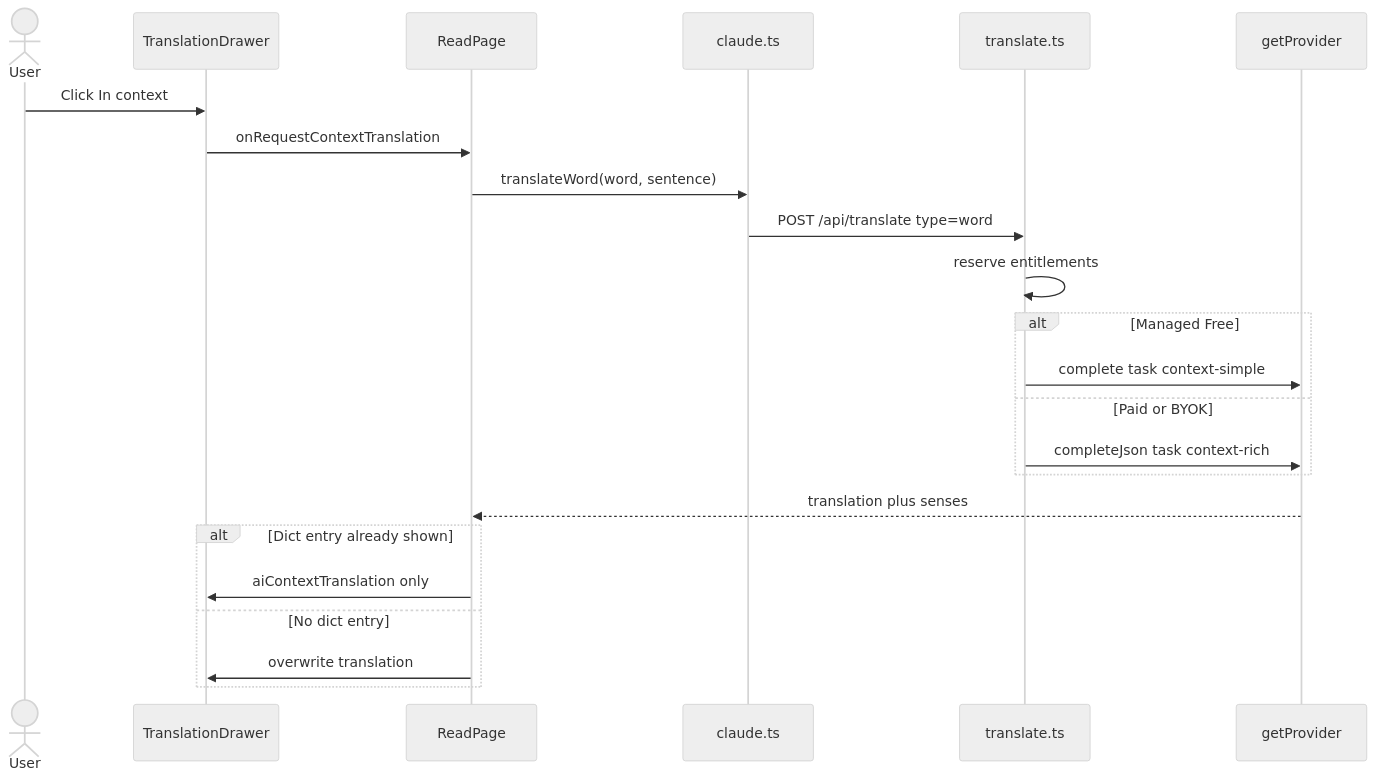
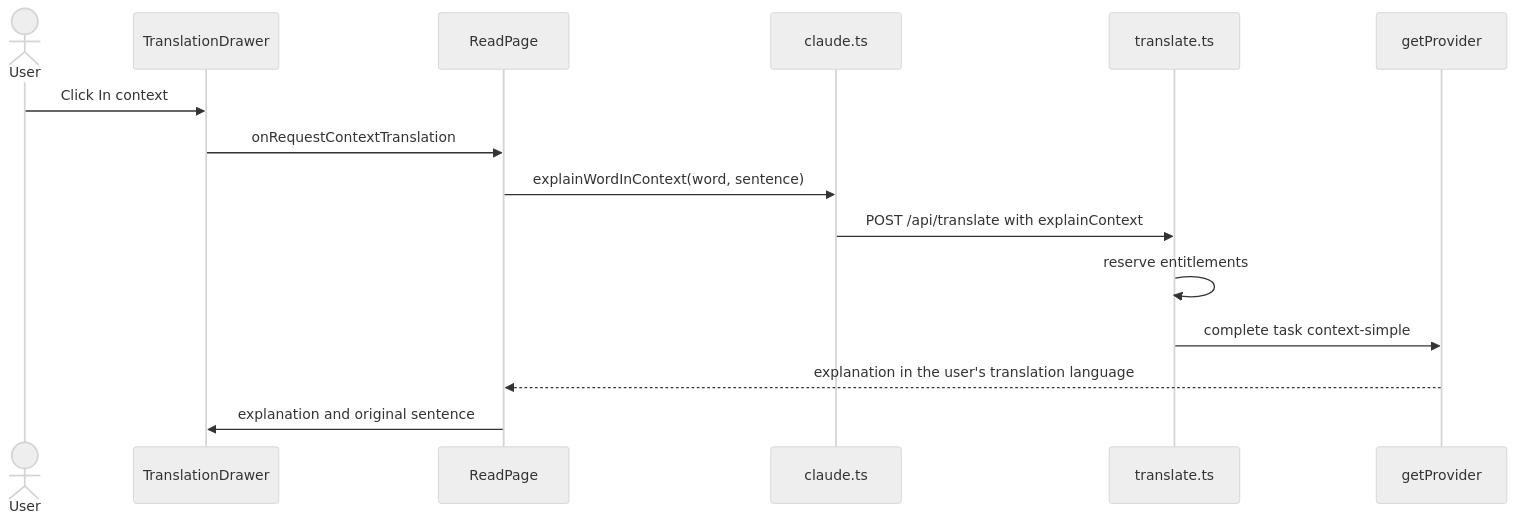
Before and after one commit to Huu-Xiang/lector: the second of 5 diagrams in docs/flows/translation.md, drawn with Mermaid (neutral theme). The commit also changed other lines of this file and 63 other files, not shown here.

````diff
--- a/docs/flows/translation.md
+++ b/docs/flows/translation.md
@@ -97,26 +101,18 @@
 ```mermaid
 sequenceDiagram
   actor User
   participant Drawer as TranslationDrawer
   participant Read as ReadPage
   participant Claude as claude.ts
   participant API as translate.ts
   participant LLM as getProvider
 
   User->>Drawer: Click In context
   Drawer->>Read: onRequestContextTranslation
-  Read->>Claude: translateWord(word, sentence)
-  Claude->>API: POST /api/translate type=word
+  Read->>Claude: explainWordInContext(word, sentence)
+  Claude->>API: POST /api/translate with explainContext
   API->>API: reserve entitlements
-  alt Managed Free
-    API->>LLM: complete task context-simple
-  else Paid or BYOK
-    API->>LLM: completeJson task context-rich
-  end
-  LLM-->>Read: translation plus senses
-  alt Dict entry already shown
-    Read->>Drawer: aiContextTranslation only
-  else No dict entry
-    Read->>Drawer: overwrite translation
-  end
+  API->>LLM: complete task context-simple
+  LLM-->>Read: explanation in the user's translation language
+  Read->>Drawer: explanation and original sentence
 ```
````
